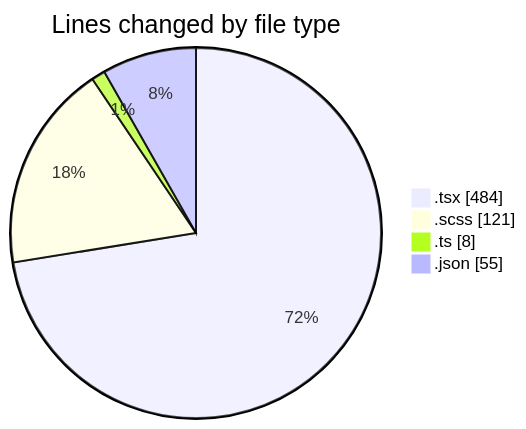
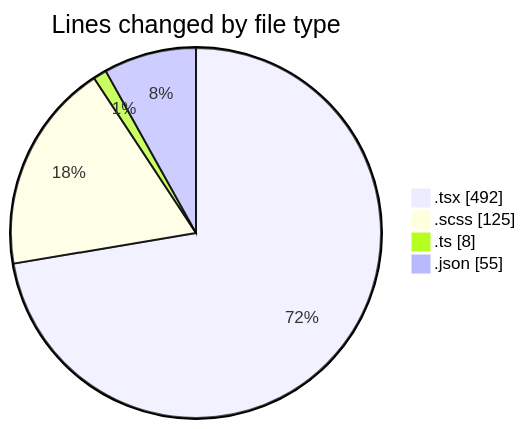
The first of 2 diagrams in 2026-10-30/cda/README.md (momahboobian/code-tracking), drawn with Mermaid before and after one commit. The commit also changed other lines of this file and 1 other file, not shown here.

````diff
--- a/2026-10-30/cda/README.md
+++ b/2026-10-30/cda/README.md
@@ -28,8 +28,8 @@
 ```mermaid
 pie showData
 title Lines changed by file type
-".tsx" : 484
-".scss" : 121
+".tsx" : 492
+".scss" : 125
 ".ts" : 8
 ".json" : 55
 ```
````
